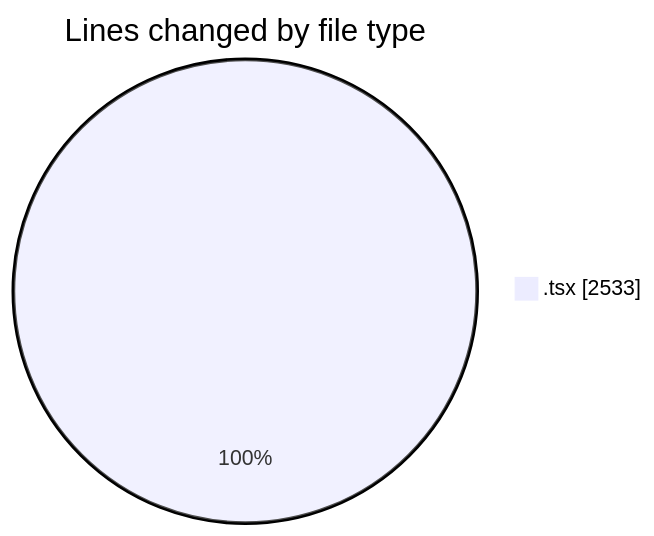
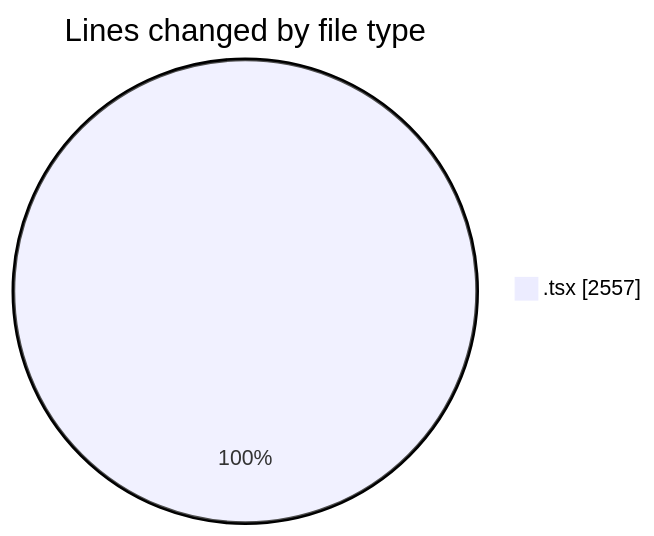
The first of 2 diagrams in 2026-06-25/nxtqube_webapp/README.md (nxtqubesakshisongat/code-tracking), drawn with Mermaid before and after one commit. The commit also changed other lines of this file and 1 other file, not shown here.

````diff
--- a/2026-06-25/nxtqube_webapp/README.md
+++ b/2026-06-25/nxtqube_webapp/README.md
@@ -20,5 +20,5 @@
 ```mermaid
 pie showData
 title Lines changed by file type
-".tsx" : 2533
+".tsx" : 2557
 ```
````
